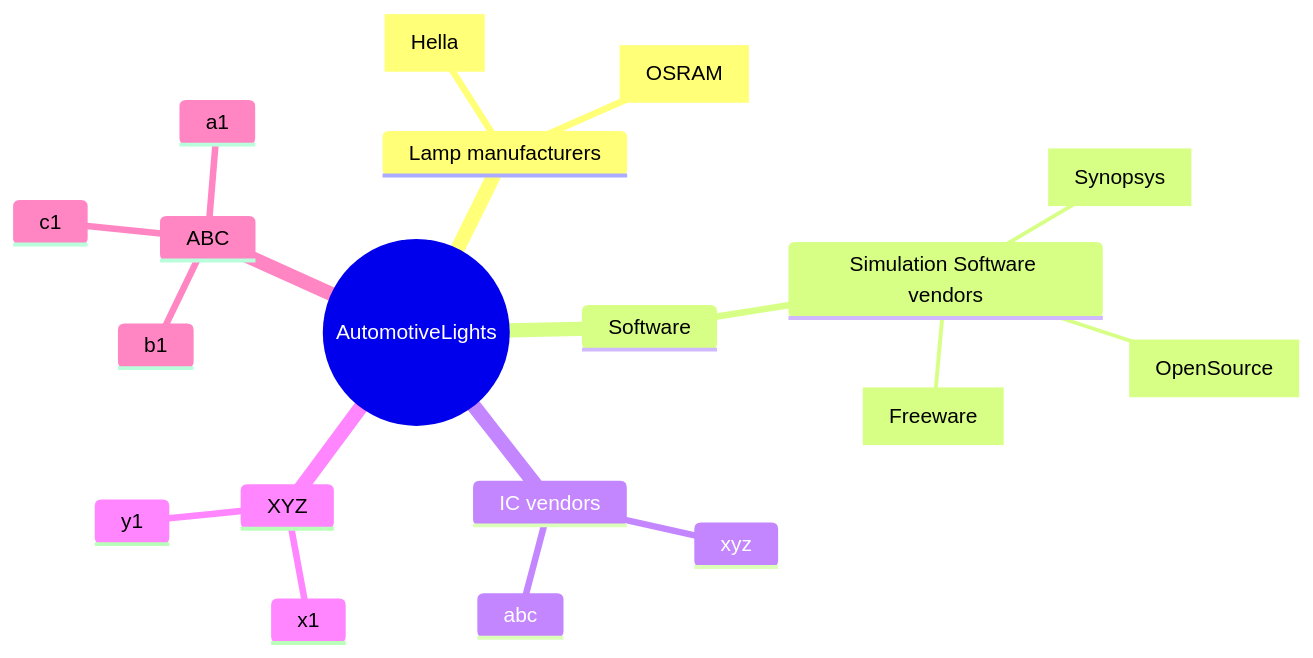
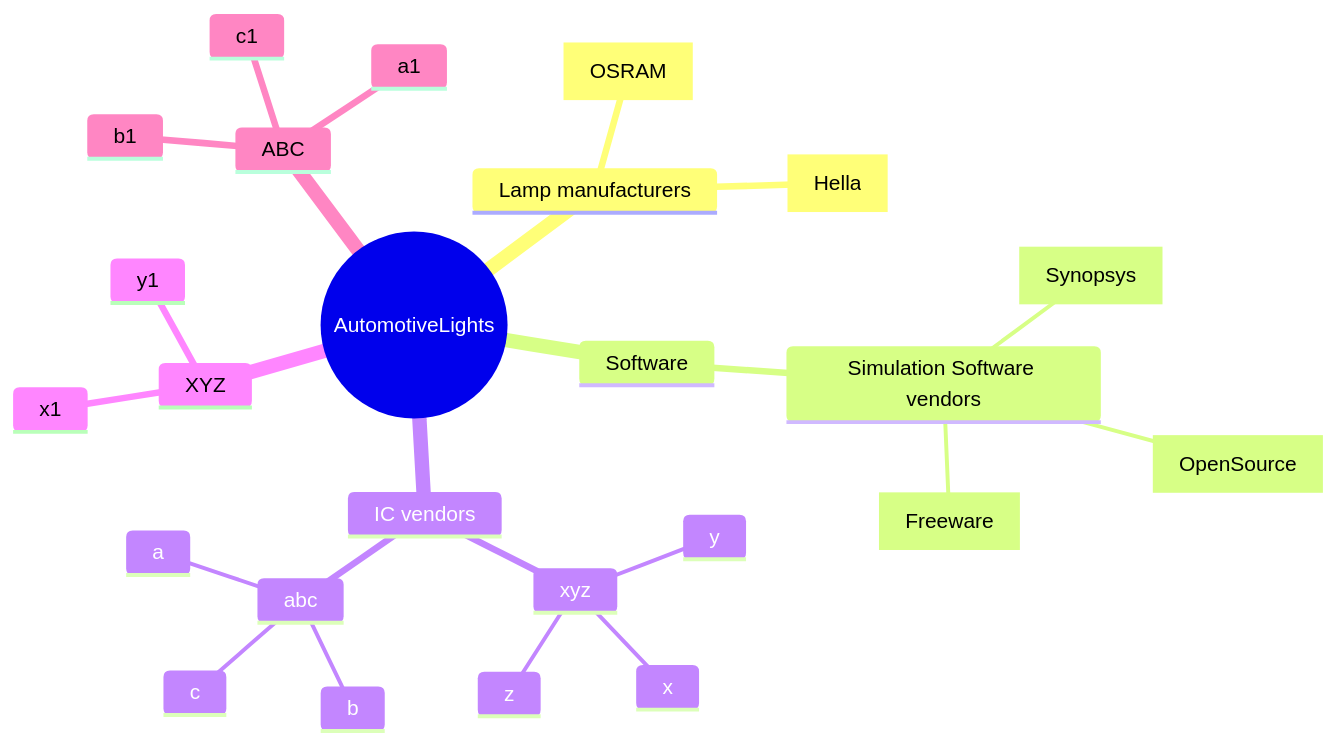
The second of 2 diagrams in VehicleSystemsReports/VehicleLightingSystem/VehicleLightingSystem.md (kishorekanala/VehicleSim), drawn with Mermaid before and after one commit.

Commit message:
Apr 1, 2023, 3:14 PM

````diff
--- a/VehicleSystemsReports/VehicleLightingSystem/VehicleLightingSystem.md
+++ b/VehicleSystemsReports/VehicleLightingSystem/VehicleLightingSystem.md
@@ -111,22 +111,28 @@
 ```mermaid
 mindmap
   root((AutomotiveLights))
     Lamp manufacturers
       OSRAM[OSRAM]
       Hella[Hella]
     Software
       Simulation Software vendors
         Synopsys[Synopsys]
         OpenSource[OpenSource]
         Freeware[Freeware]
     IC vendors
       xyz
+        x
+        y
+        z
       abc
+        a
+        b
+        c
     XYZ
       x1
       y1
     ABC
       a1
       b1
       c1
 ```
````
